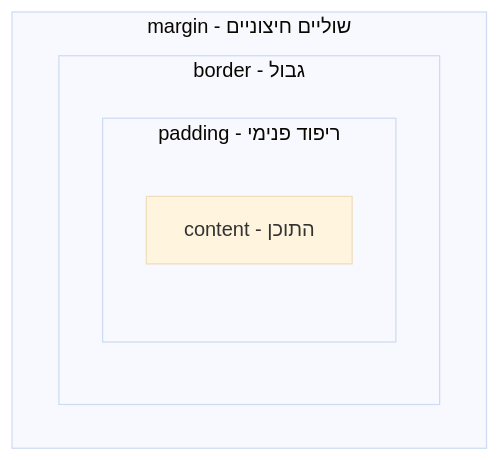
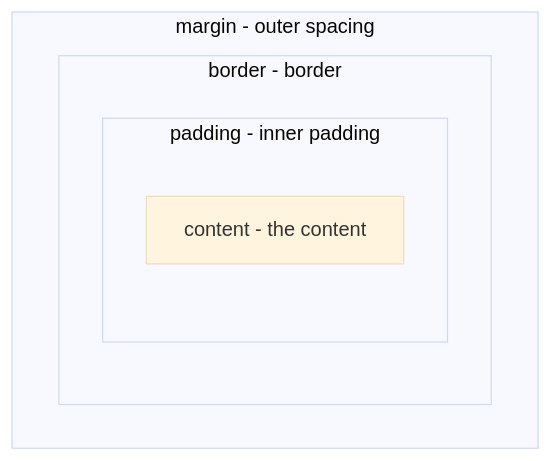
Before and after one commit to neriyaMalachi/FullStack_kodkode_5: the diagram in content/docs/css/67-css-box-model-units-content.md, drawn with Mermaid (base theme). The commit also changed other lines of this file and 117 other files, not shown here.

````diff
--- a/content/docs/css/67-css-box-model-units-content.md
+++ b/content/docs/css/67-css-box-model-units-content.md
@@ -49,10 +49,10 @@
 ```mermaid
 flowchart TB
-    subgraph Margin["margin - שוליים חיצוניים"]
-      subgraph Border["border - גבול"]
-        subgraph Padding["padding - ריפוד פנימי"]
-          Content["content - התוכן"]
+    subgraph Margin["margin - outer spacing"]
+      subgraph Border["border - border"]
+        subgraph Padding["padding - inner padding"]
+          Content["content - the content"]
         end
       end
     end
 ```
````
